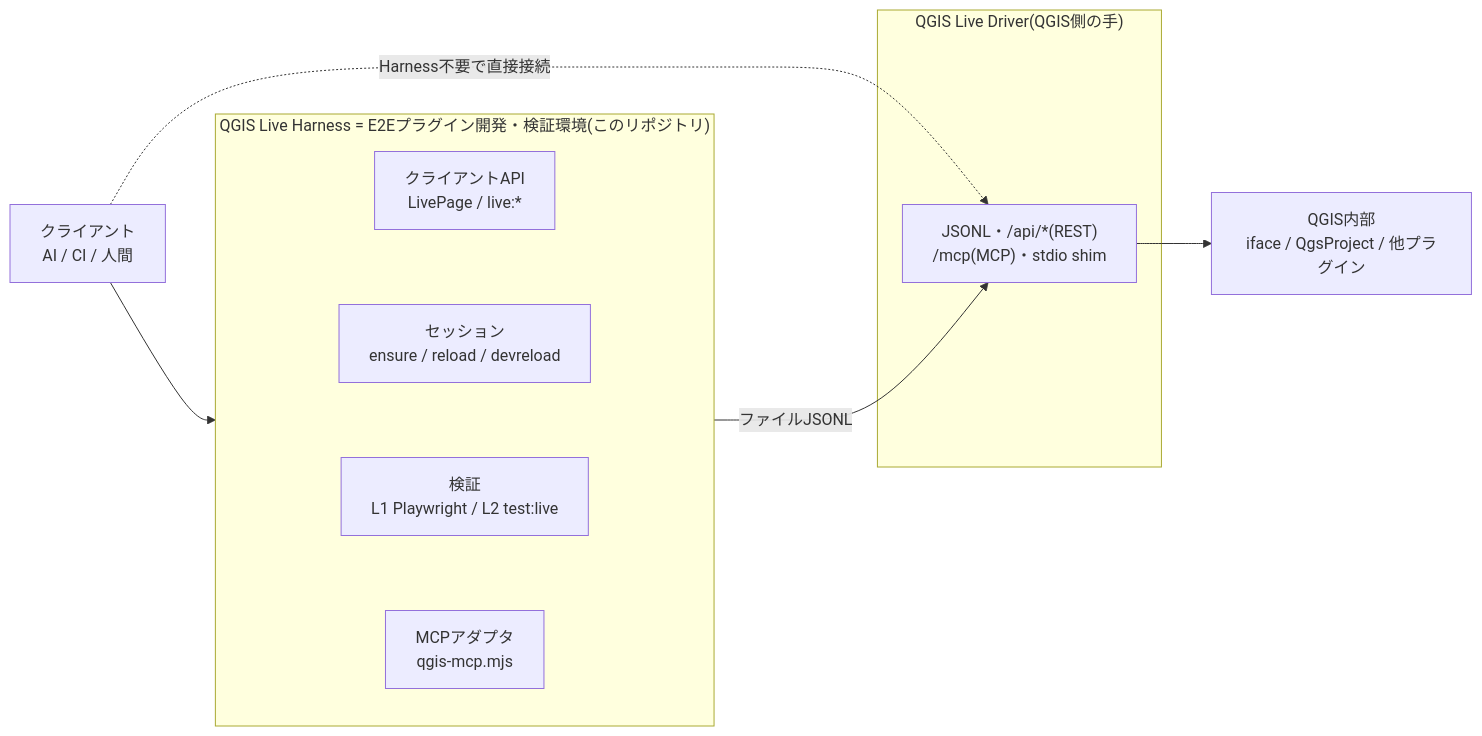
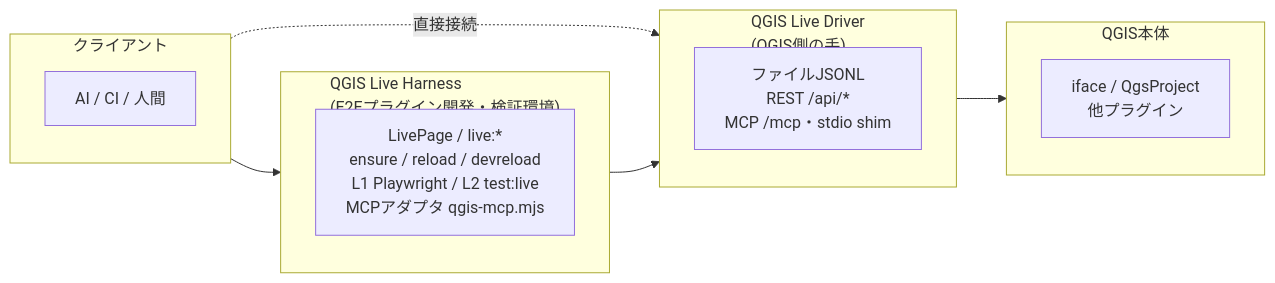
The first of 5 diagrams in README.md (yamamoto-ryuzo/qgis_live_harness), drawn with Mermaid before and after one commit. The commit also changed other lines of this file, not shown here.

Commit message:
Refine overview diagram into 4 labeled columns
Client / Harness / Driver / QGIS as subgraph columns; Harness and
Driver internals as multi-line node labels (renderer-independent
vertical layout, narrow columns). Dotted edge marks the
Harness-free direct path to the Driver.

Generated with [Devin](https://devin.ai)

````diff
--- a/README.md
+++ b/README.md
@@ -9,25 +9,23 @@
 ```mermaid
 flowchart LR
-    C["クライアント<br/>AI / CI / 人間"]
-
-    subgraph H["QGIS Live Harness = E2Eプラグイン開発・検証環境(このリポジトリ)"]
-        direction TB
-        API["クライアントAPI<br/>LivePage / live:*"]
-        SESSION["セッション<br/>ensure / reload / devreload"]
-        TEST["検証<br/>L1 Playwright / L2 test:live"]
-        MCPAD["MCPアダプタ<br/>qgis-mcp.mjs"]
-        API ~~~ SESSION
-        SESSION ~~~ TEST
-        TEST ~~~ MCPAD
+    subgraph CL["クライアント"]
+        C["AI / CI / 人間"]
     end
 
-    subgraph D["QGIS Live Driver(QGIS側の手)"]
-        IO["JSONL・/api/*(REST)<br/>/mcp(MCP)・stdio shim"]
+    subgraph H["QGIS Live Harness<br/>(E2Eプラグイン開発・検証環境)"]
+        HC["LivePage / live:*<br/>ensure / reload / devreload<br/>L1 Playwright / L2 test:live<br/>MCPアダプタ qgis-mcp.mjs"]
     end
-    Q["QGIS内部<br/>iface / QgsProject / 他プラグイン"]
 
-    C --> H
-    C -.->|"Harness不要で直接接続"| IO
-    H -->|ファイルJSONL| IO
-    IO --> Q
+    subgraph D["QGIS Live Driver<br/>(QGIS側の手)"]
+        DC["ファイルJSONL<br/>REST /api/*<br/>MCP /mcp・stdio shim"]
+    end
+
+    subgraph QGIS["QGIS本体"]
+        Q["iface / QgsProject<br/>他プラグイン"]
+    end
+
+    CL --> H
+    CL -.->|直接接続| D
+    H --> D
+    D --> QGIS
 ```
````
